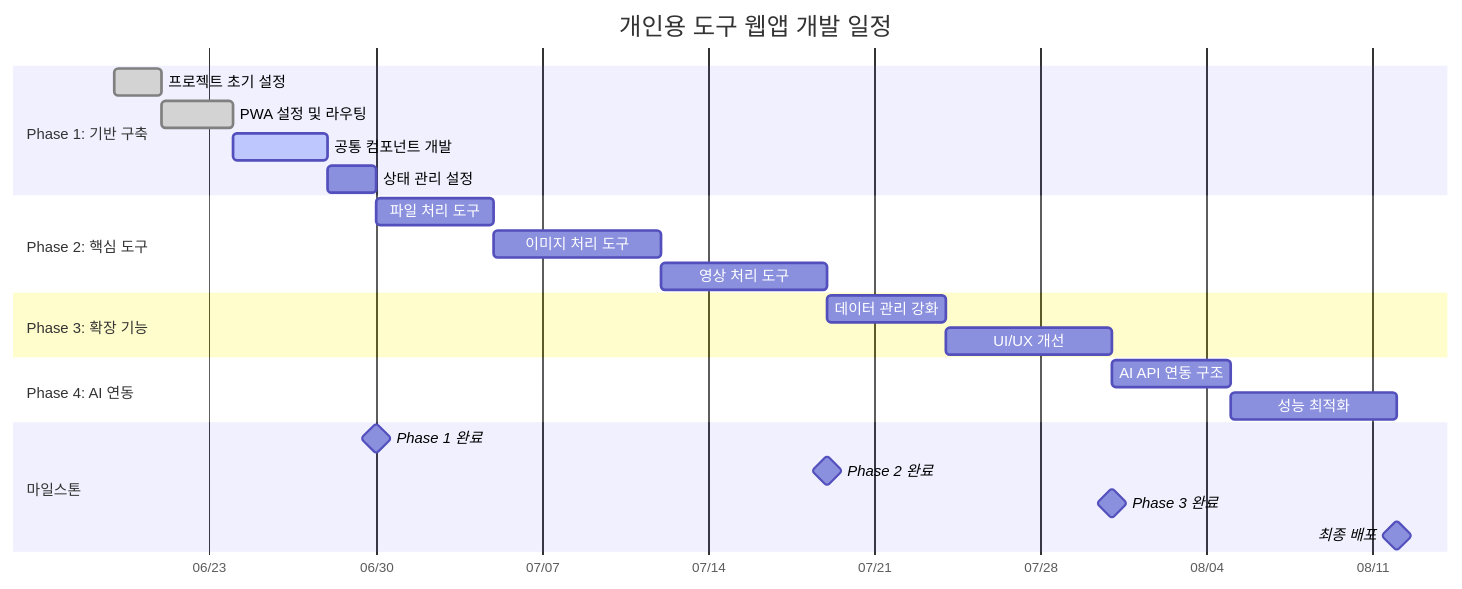
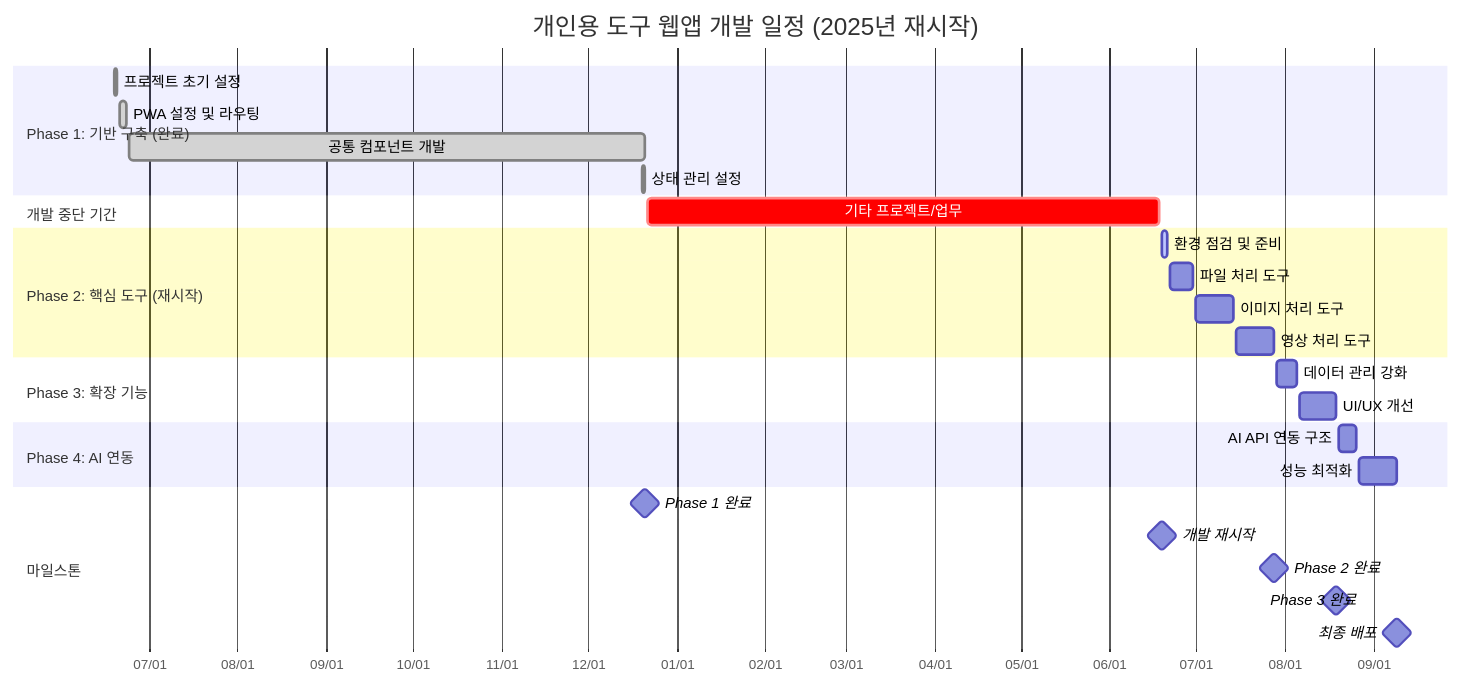
The first of 4 diagrams in docs/개발계획.md (jsjj10002/Tools), drawn with Mermaid before and after one commit. The commit also changed other lines of this file and 46 other files, not shown here.

Commit message:
feat: restart development preparation and configuration optimization

````diff
--- a/docs/개발계획.md
+++ b/docs/개발계획.md
@@ -33,31 +78,36 @@
 ```mermaid
 gantt
-    title 개인용 도구 웹앱 개발 일정
+    title 개인용 도구 웹앱 개발 일정 (2025년 재시작)
     dateFormat YYYY-MM-DD
     axisFormat %m/%d
     
-    section Phase 1: 기반 구축
-    프로젝트 초기 설정      :done, setup, 2024-06-19, 2d
-    PWA 설정 및 라우팅      :done, pwa, after setup, 3d
-    공통 컴포넌트 개발      :active, components, after pwa, 4d
-    상태 관리 설정          :stateManagement, after components, 2d
+    section Phase 1: 기반 구축 (완료)
+    프로젝트 초기 설정      :done, setup, 2024-06-19, 2024-06-20
+    PWA 설정 및 라우팅      :done, pwa, 2024-06-21, 2024-06-23
+    공통 컴포넌트 개발      :done, components, 2024-06-24, 2024-12-21
+    상태 관리 설정          :done, stateManagement, 2024-12-20, 2024-12-21
     
-    section Phase 2: 핵심 도구
-    파일 처리 도구          :fileTools, after stateManagement, 5d
-    이미지 처리 도구        :imageTools, after fileTools, 7d
-    영상 처리 도구          :videoTools, after imageTools, 7d
+    section 개발 중단 기간
+    기타 프로젝트/업무      :crit, break, 2024-12-22, 2025-06-18
+    
+    section Phase 2: 핵심 도구 (재시작)
+    환경 점검 및 준비       :active, prepare, 2025-06-19, 2025-06-21
+    파일 처리 도구          :fileTools, 2025-06-22, 2025-06-30
+    이미지 처리 도구        :imageTools, 2025-07-01, 2025-07-14
+    영상 처리 도구          :videoTools, 2025-07-15, 2025-07-28
     
     section Phase 3: 확장 기능
-    데이터 관리 강화        :dataManagement, after videoTools, 5d
-    UI/UX 개선             :uiux, after dataManagement, 7d
+    데이터 관리 강화        :dataManagement, 2025-07-29, 2025-08-05
+    UI/UX 개선             :uiux, 2025-08-06, 2025-08-19
     
     section Phase 4: AI 연동
-    AI API 연동 구조        :aiIntegration, after uiux, 5d
-    성능 최적화            :optimization, after aiIntegration, 7d
+    AI API 연동 구조        :aiIntegration, 2025-08-20, 2025-08-26
+    성능 최적화            :optimization, 2025-08-27, 2025-09-09
     
     section 마일스톤
-    Phase 1 완료           :milestone, ms1, after stateManagement, 0d
-    Phase 2 완료           :milestone, ms2, after videoTools, 0d
-    Phase 3 완료           :milestone, ms3, after uiux, 0d
-    최종 배포              :milestone, deployment, after optimization, 0d
+    Phase 1 완료           :milestone, ms1, 2024-12-21, 0d
+    개발 재시작            :milestone, restart, 2025-06-19, 0d
+    Phase 2 완료           :milestone, ms2, 2025-07-28, 0d
+    Phase 3 완료           :milestone, ms3, 2025-08-19, 0d
+    최종 배포              :milestone, deployment, 2025-09-09, 0d
 ```
````
